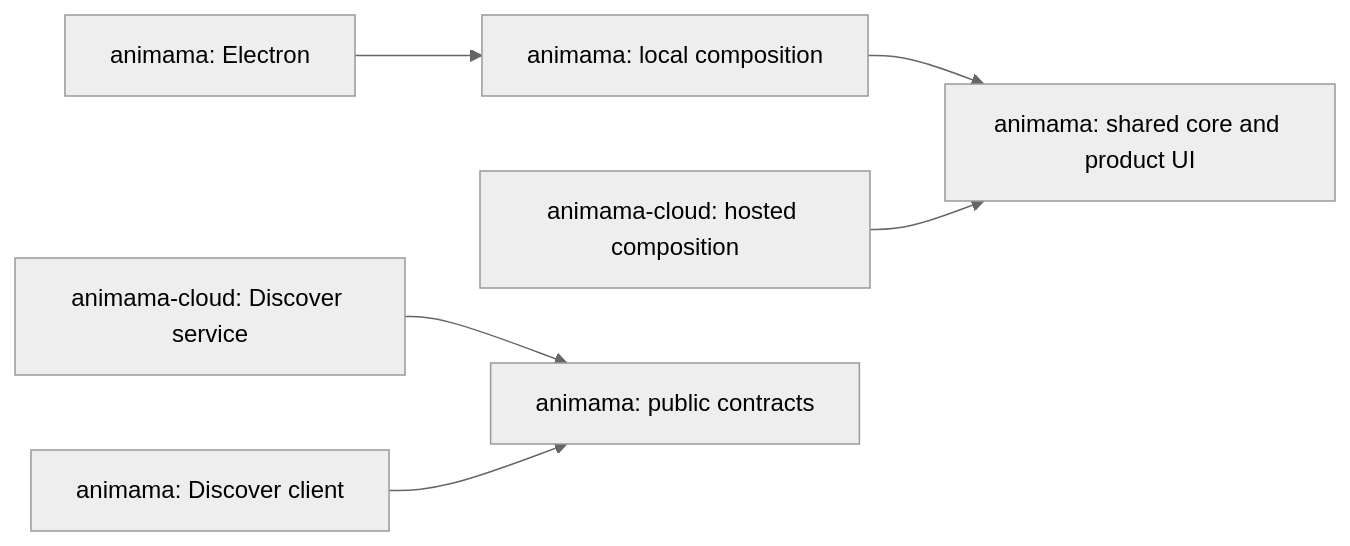
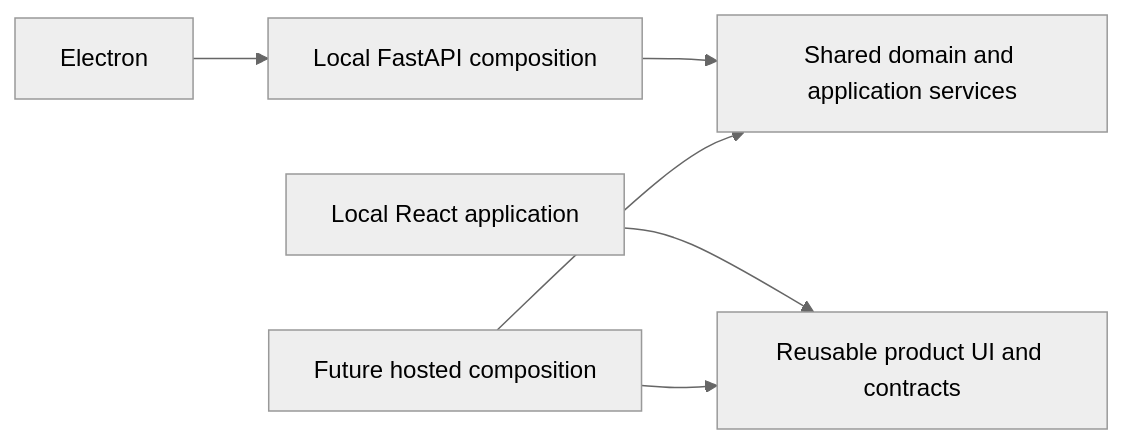
Before and after one commit to Kaus1ubh/animama: the diagram in docs/architecture/repository-boundaries.md, drawn with Mermaid (neutral theme). The commit also changed other lines of this file and 152 other files, not shown here.

````diff
--- a/docs/architecture/repository-boundaries.md
+++ b/docs/architecture/repository-boundaries.md
@@ -20,8 +11,8 @@
 ```mermaid
 flowchart LR
-    Desktop[animama: Electron] --> Local[animama: local composition]
-    Local --> Core[animama: shared core and product UI]
-    Cloud[animama-cloud: hosted composition] --> Core
-    Discover[animama-cloud: Discover service] --> Contracts[animama: public contracts]
-    Client[animama: Discover client] --> Contracts
+    Desktop[Electron] --> Local[Local FastAPI composition]
+    Local --> Core[Shared domain and application services]
+    Web[Local React application] --> UI[Reusable product UI and contracts]
+    Hosted[Future hosted composition] --> Core
+    Hosted --> UI
 ```
````
